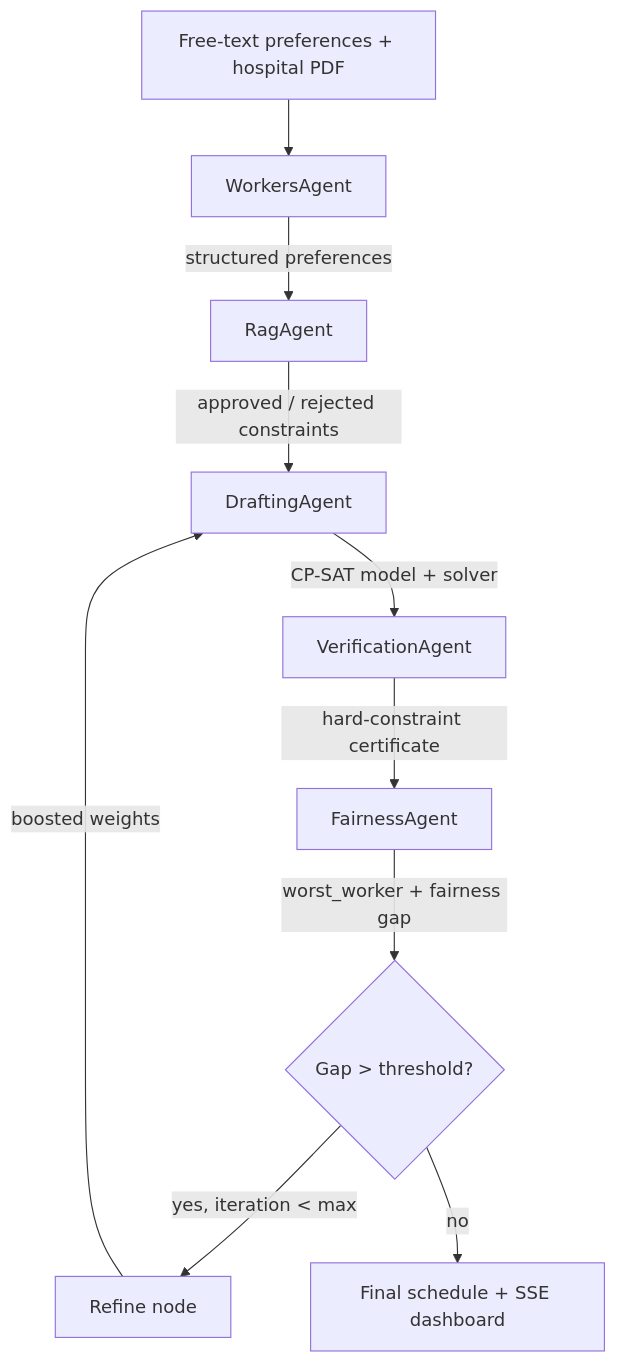
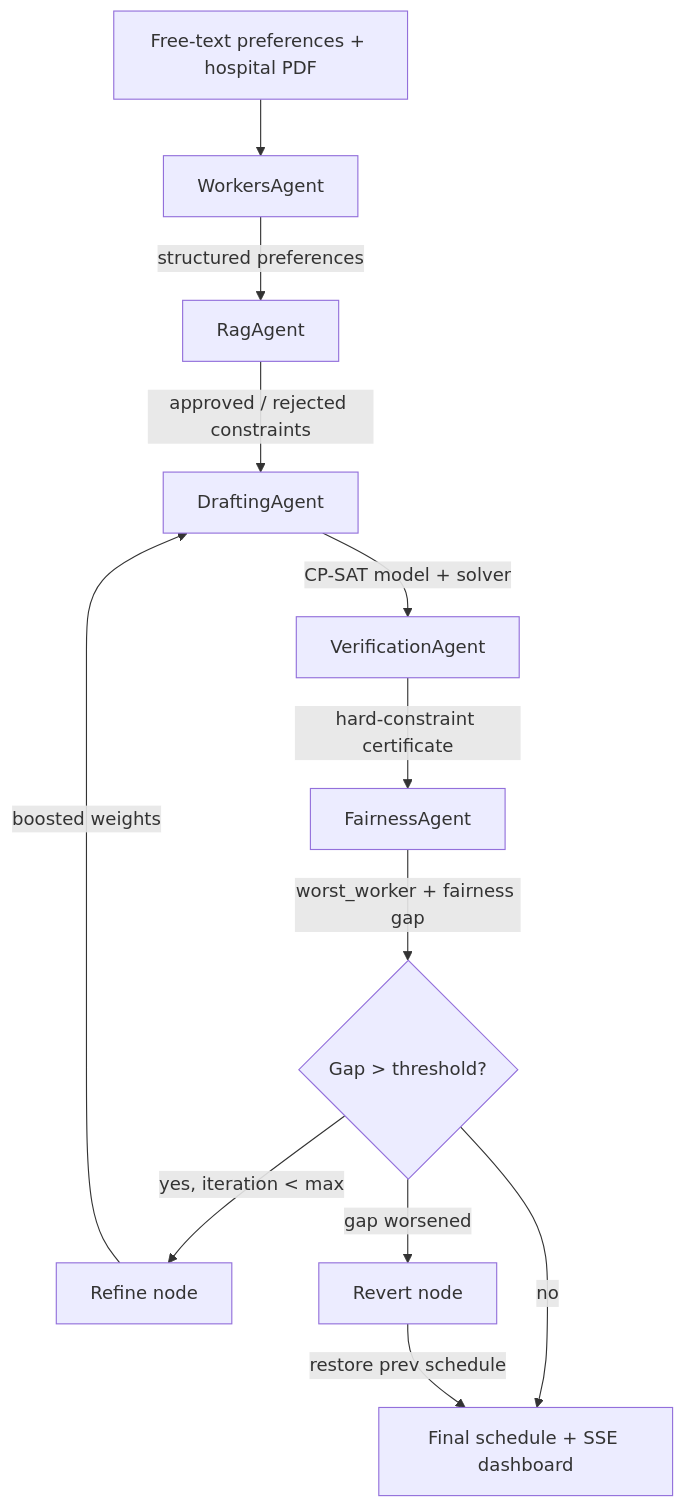
The diagram in README.md (lucatimpano/Hybrid-Agentic-Scheduler), drawn with Mermaid before and after one commit. The commit also changed other lines of this file and 5 other files, not shown here.

Commit message:
feat: revert node on worsened fairness gap, UI refinement mode, updated architecture

````diff
--- a/README.md
+++ b/README.md
@@ -46,12 +46,14 @@
 ```mermaid
 graph TD
     A[Free-text preferences + hospital PDF] --> B[WorkersAgent]
     B -->|structured preferences| C[RagAgent]
     C -->|approved / rejected constraints| D[DraftingAgent]
     D -->|CP-SAT model + solver| E[VerificationAgent]
     E -->|hard-constraint certificate| F[FairnessAgent]
     F -->|worst_worker + fairness gap| G{Gap > threshold?}
     G -->|yes, iteration < max| H[Refine node]
     H -->|boosted weights| D
     G -->|no| I[Final schedule + SSE dashboard]
+    G -->|gap worsened| J[Revert node]
+    J -->|restore prev schedule| I
 ```
````
